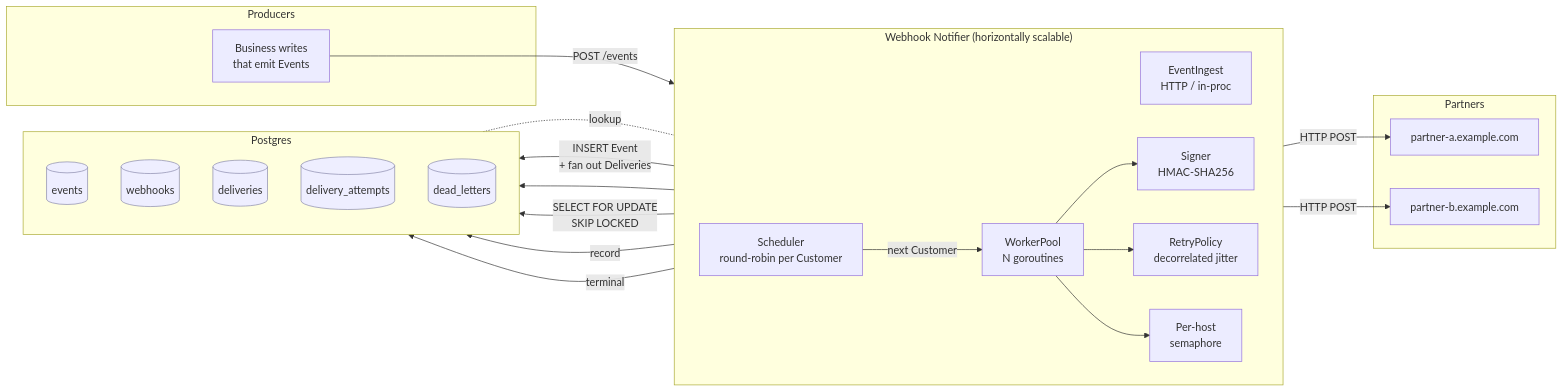
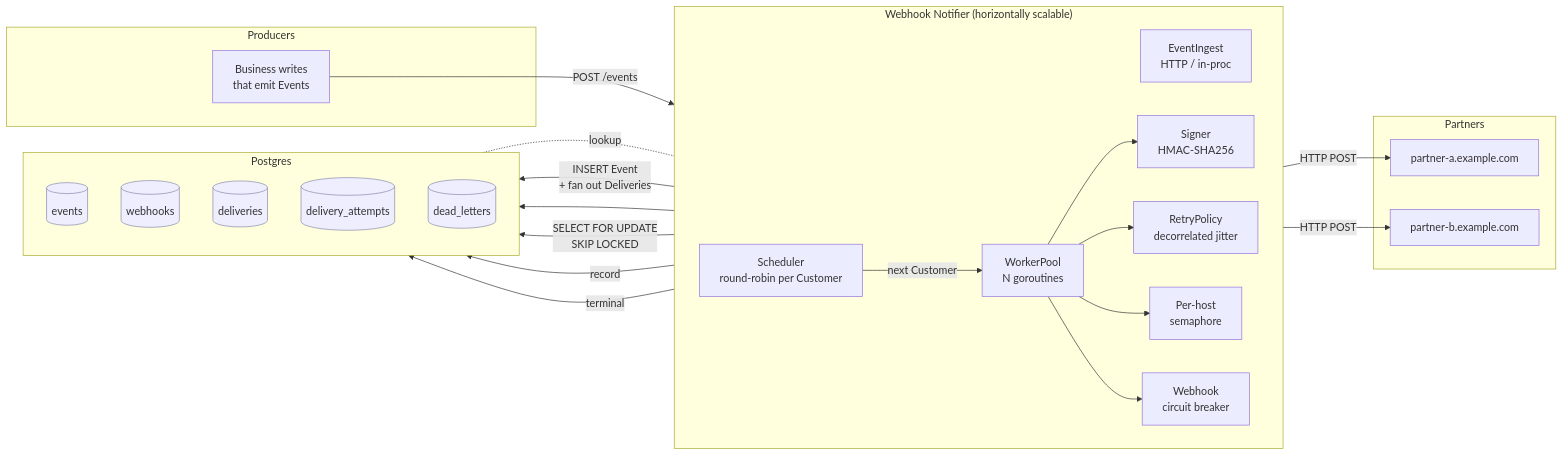
The first of 2 diagrams in docs/DESIGN.md (lvluu/webhook-notifier), drawn with Mermaid before and after one commit. The commit also changed other lines of this file and 8 other files, not shown here.

Commit message:
feat(outbox): add webhook circuit breaker

````diff
--- a/docs/DESIGN.md
+++ b/docs/DESIGN.md
@@ -23,47 +23,49 @@
 ```mermaid
 flowchart LR
     subgraph Producers
       P1[Business writes<br/>that emit Events]
     end
 
     subgraph "Webhook Notifier (horizontally scalable)"
       direction LR
       I[EventIngest<br/>HTTP / in-proc]
       SC[Scheduler<br/>round-robin per Customer]
       W[WorkerPool<br/>N goroutines]
       S[Signer<br/>HMAC-SHA256]
       RP[RetryPolicy<br/>decorrelated jitter]
       HS[Per-host<br/>semaphore]
+      CB[Webhook<br/>circuit breaker]
     end
 
     subgraph Postgres
       direction TB
       EV[(events)]
       WH[(webhooks)]
       DV[(deliveries)]
       AT[(delivery_attempts)]
       DL[(dead_letters)]
     end
 
     subgraph Partners
       PA[partner-a.example.com]
       PB[partner-b.example.com]
     end
 
     P1 -->|POST /events| I
     I -->|INSERT Event<br/>+ fan out Deliveries| EV
     I --> DV
     SC -->|next Customer| W
     W -->|SELECT FOR UPDATE<br/>SKIP LOCKED| DV
     W --> S
     W --> RP
     W --> HS
+    W --> CB
     W -->|HTTP POST| PA
     W -->|HTTP POST| PB
     W -->|record| AT
     W -->|terminal| DL
     WH -.lookup.- W
 
     classDef store fill:#eef,stroke:#88a;
     class EV,WH,DV,AT,DL store;
 ```
````
